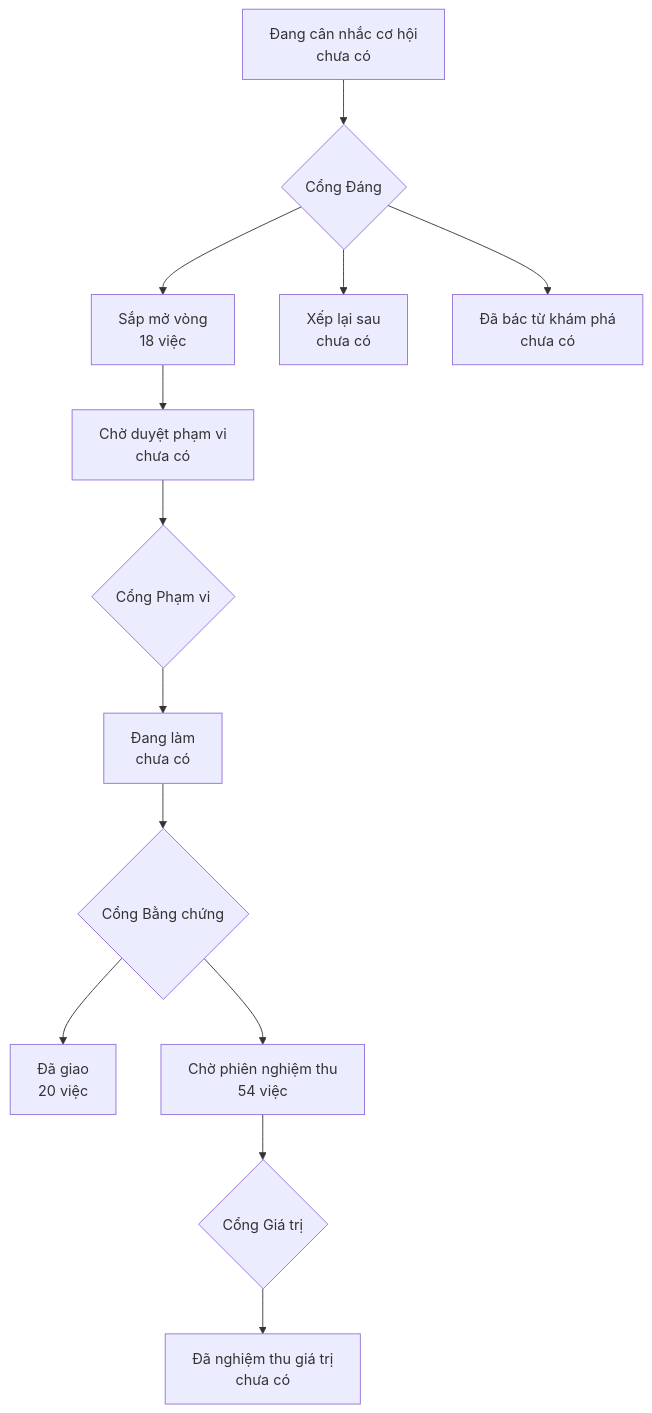
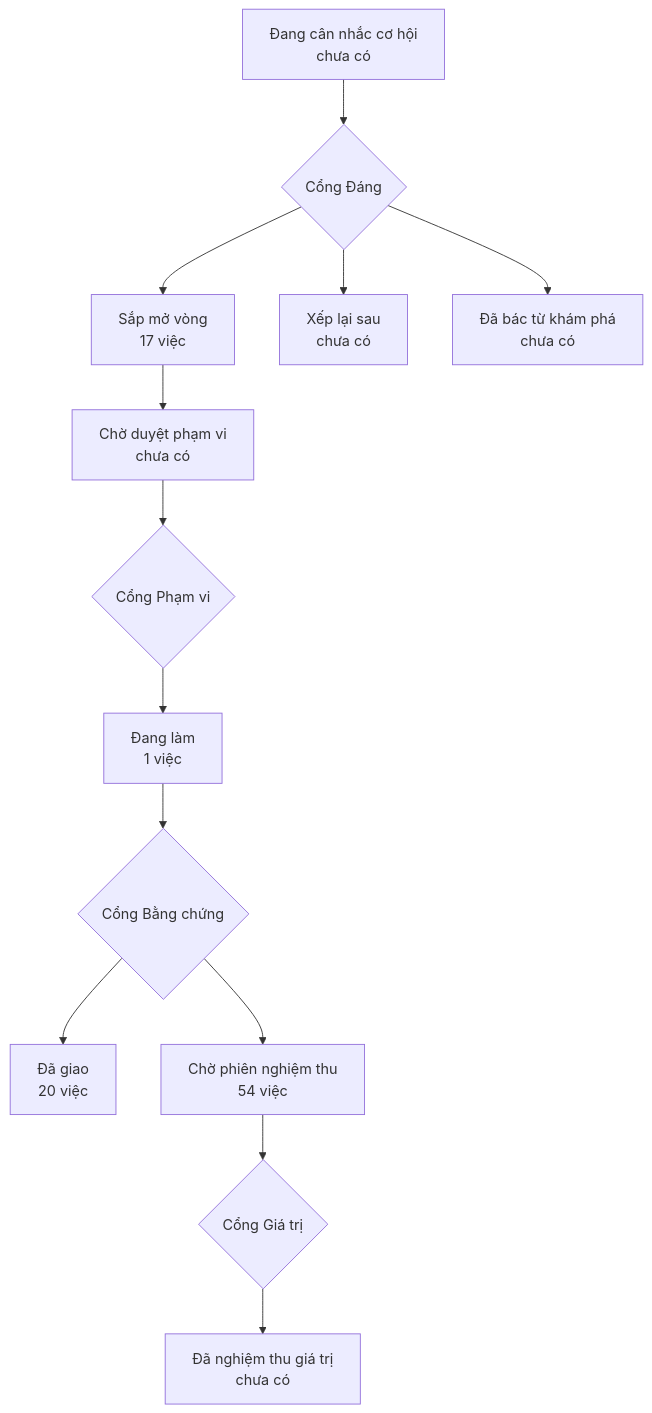
One commit to phanlemanh/onehub-quy-hang changed the diagram in PRODUCT-MAP.md. Above: the diagram before and after it, drawn with Mermaid. The commit also changed other lines of this file and 3 other files, not shown here.

````diff
--- a/PRODUCT-MAP.md
+++ b/PRODUCT-MAP.md
@@ -7,12 +7,12 @@
 ```mermaid
 flowchart TD
   A["Đang cân nhắc cơ hội<br/>chưa có"] --> GD{"Cổng Đáng"}
-  GD --> B["Sắp mở vòng<br/>18 việc"]
+  GD --> B["Sắp mở vòng<br/>17 việc"]
   GD --> XL["Xếp lại sau<br/>chưa có"]
   GD --> DB["Đã bác từ khám phá<br/>chưa có"]
   B --> CD["Chờ duyệt phạm vi<br/>chưa có"] --> GP{"Cổng Phạm vi"}
-  GP --> DL["Đang làm<br/>chưa có"] --> GB{"Cổng Bằng chứng"}
+  GP --> DL["Đang làm<br/>1 việc"] --> GB{"Cổng Bằng chứng"}
   GB --> DG["Đã giao<br/>20 việc"]
   GB --> CN["Chờ phiên nghiệm thu<br/>54 việc"] --> GG{"Cổng Giá trị"}
   GG --> NT["Đã nghiệm thu giá trị<br/>chưa có"]
 ```
````
